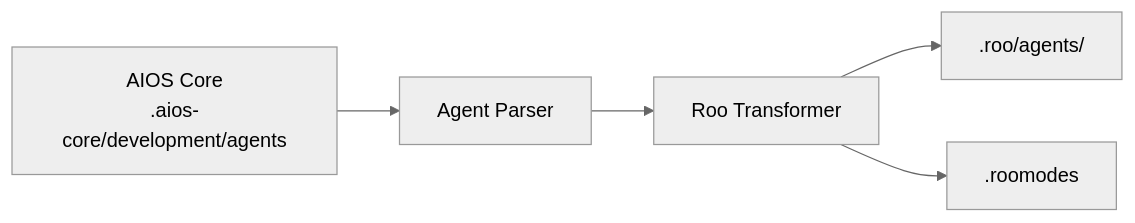
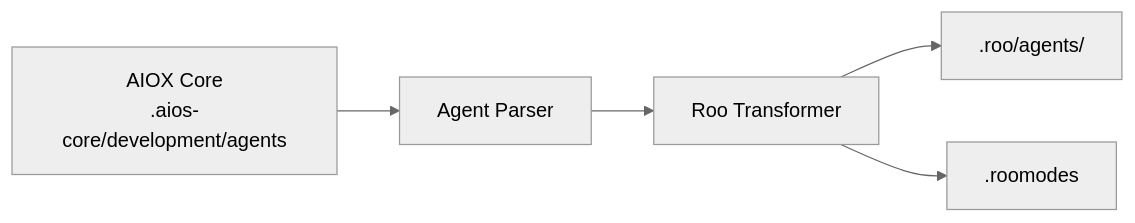
The diagram in docs/es/platforms/roo-code.md (fabioeducacross/-Book-de-Resultados), drawn with Mermaid (neutral theme) before and after one commit. The commit also changed other lines of this file and 867 other files, not shown here.

First line of the commit message:
chore: update aios-core, tests, configs and documentation

````diff
--- a/docs/es/platforms/roo-code.md
+++ b/docs/es/platforms/roo-code.md
@@ -358,7 +358,7 @@
 ```mermaid
 flowchart LR
-    Source["AIOS Core<br/>.aios-core/development/agents"] --> Parser["Agent Parser"]
+    Source["AIOX Core<br/>.aios-core/development/agents"] --> Parser["Agent Parser"]
     Parser --> Transform["Roo Transformer"]
     Transform --> Agents[".roo/agents/"]
     Transform --> Modes[".roomodes"]
 ```
````
